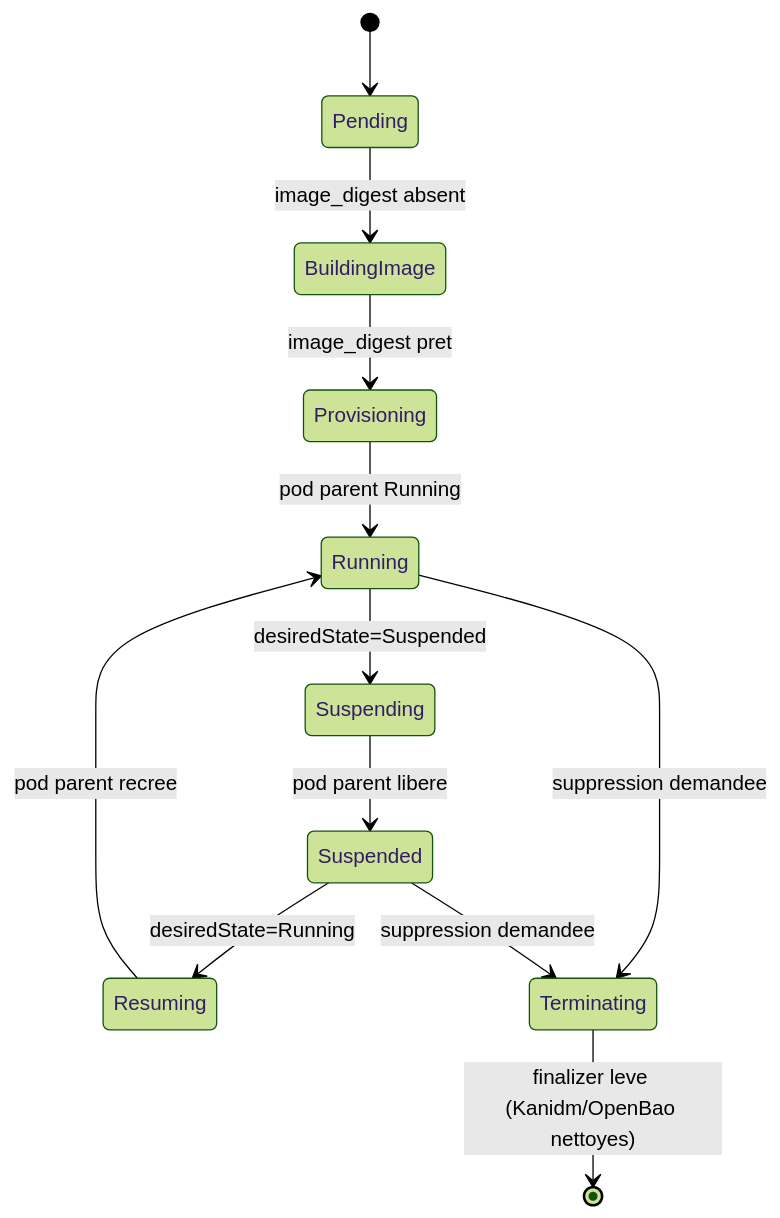
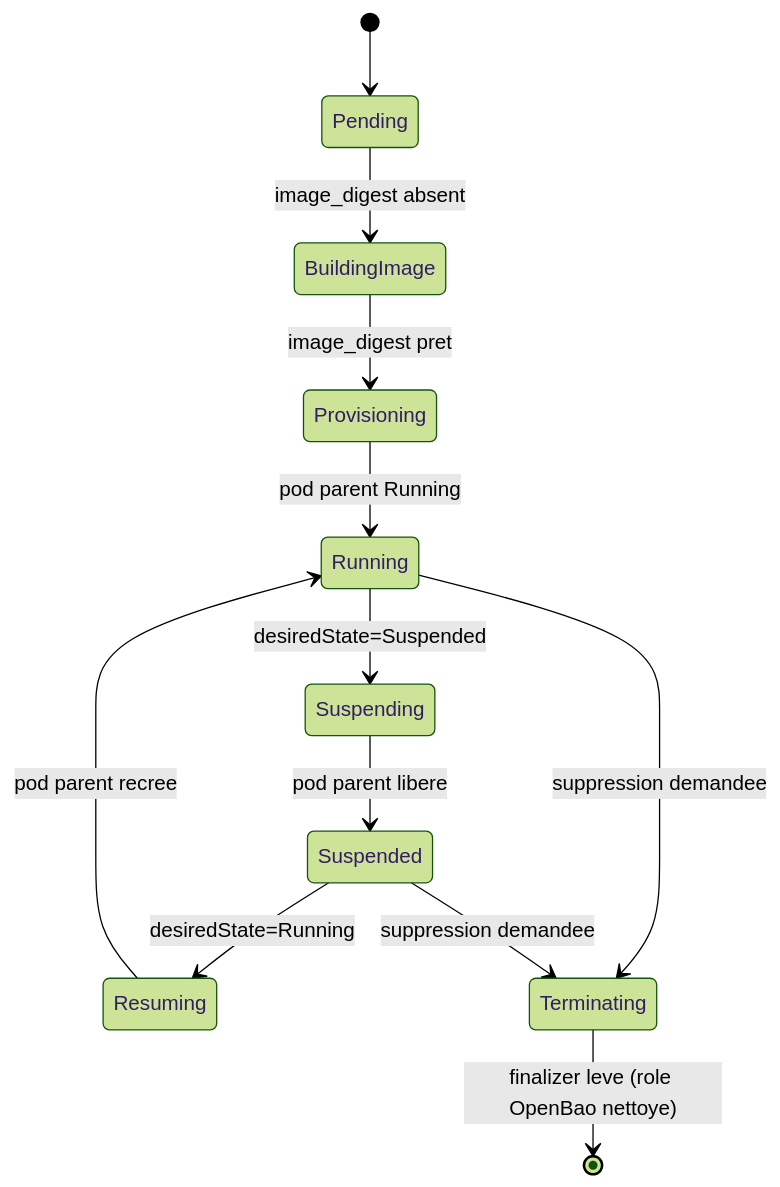
One commit to PhilippeVienne/atelier changed the third of 3 diagrams in docs/ARCHITECTURE.md. Above: the diagram before and after it, drawn with Mermaid (forest theme). The commit also changed other lines of this file and 12 other files, not shown here.

````diff
--- a/docs/ARCHITECTURE.md
+++ b/docs/ARCHITECTURE.md
@@ -136,14 +135,14 @@
 ```mermaid
 stateDiagram-v2
     [*] --> Pending
     Pending --> BuildingImage: image_digest absent
     BuildingImage --> Provisioning: image_digest pret
     Provisioning --> Running: pod parent Running
     Running --> Suspending: desiredState=Suspended
     Suspending --> Suspended: pod parent libere
     Suspended --> Resuming: desiredState=Running
     Resuming --> Running: pod parent recree
     Running --> Terminating: suppression demandee
     Suspended --> Terminating: suppression demandee
-    Terminating --> [*]: finalizer leve (Kanidm/OpenBao nettoyes)
+    Terminating --> [*]: finalizer leve (role OpenBao nettoye)
 ```
````
